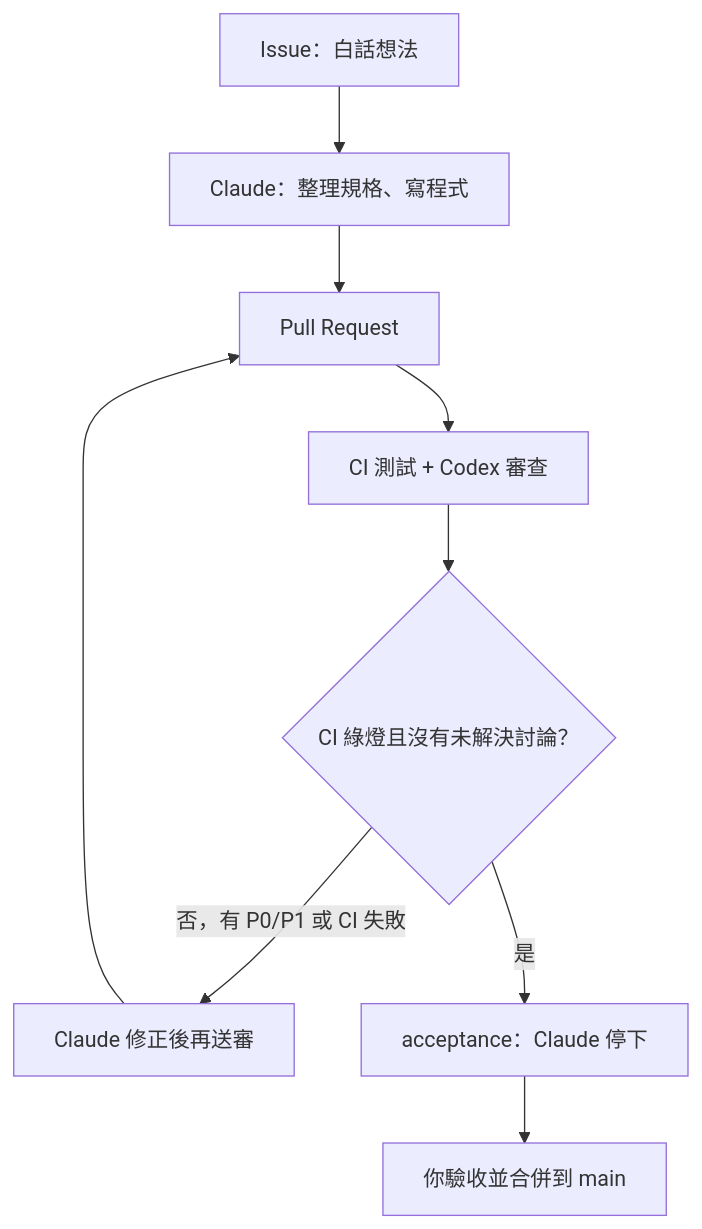
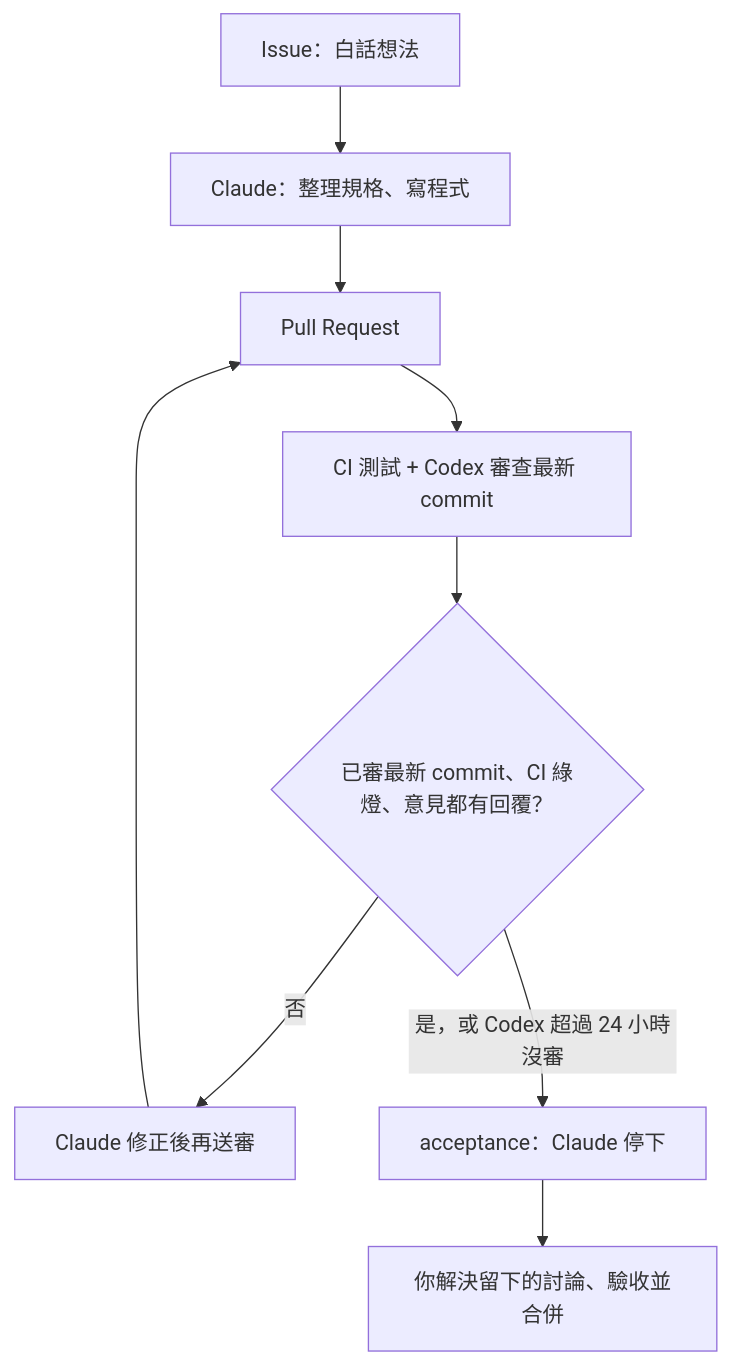
Before and after one commit to aureviaeu/claude-codex-lab: the diagram in README.md, drawn with Mermaid. The commit also changed other lines of this file and 8 other files, not shown here.

````diff
--- a/README.md
+++ b/README.md
@@ -18,11 +18,11 @@
 ```mermaid
 flowchart TD
   issue["Issue：白話想法"] --> claude["Claude：整理規格、寫程式"]
   claude --> pr["Pull Request"]
-  pr --> review["CI 測試 + Codex 審查"]
-  review --> gate{"CI 綠燈且沒有未解決討論？"}
-  gate -->|否，有 P0/P1 或 CI 失敗| fix["Claude 修正後再送審"]
+  pr --> review["CI 測試 + Codex 審查最新 commit"]
+  review --> gate{"已審最新 commit、CI 綠燈、意見都有回覆？"}
+  gate -->|否| fix["Claude 修正後再送審"]
   fix --> pr
-  gate -->|是| accept["acceptance：Claude 停下"]
-  accept --> owner["你驗收並合併到 main"]
+  gate -->|是，或 Codex 超過 24 小時沒審| accept["acceptance：Claude 停下"]
+  accept --> owner["你解決留下的討論、驗收並合併"]
 ```
````
